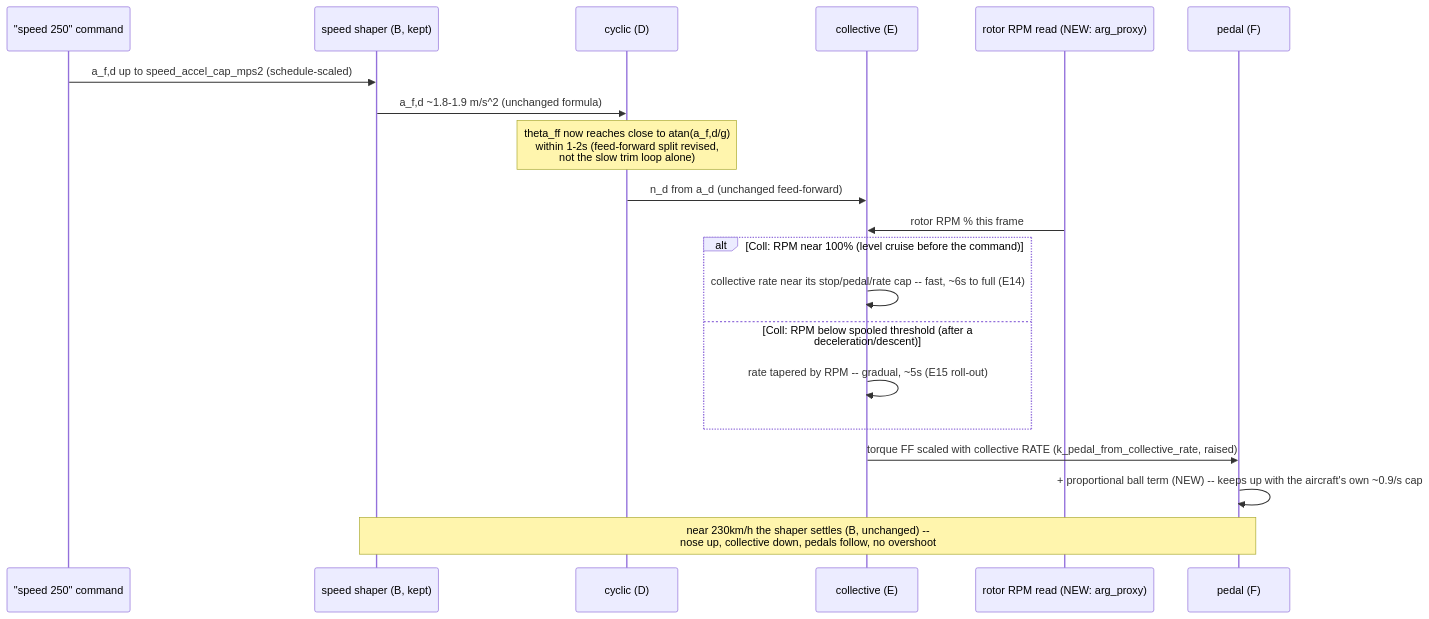
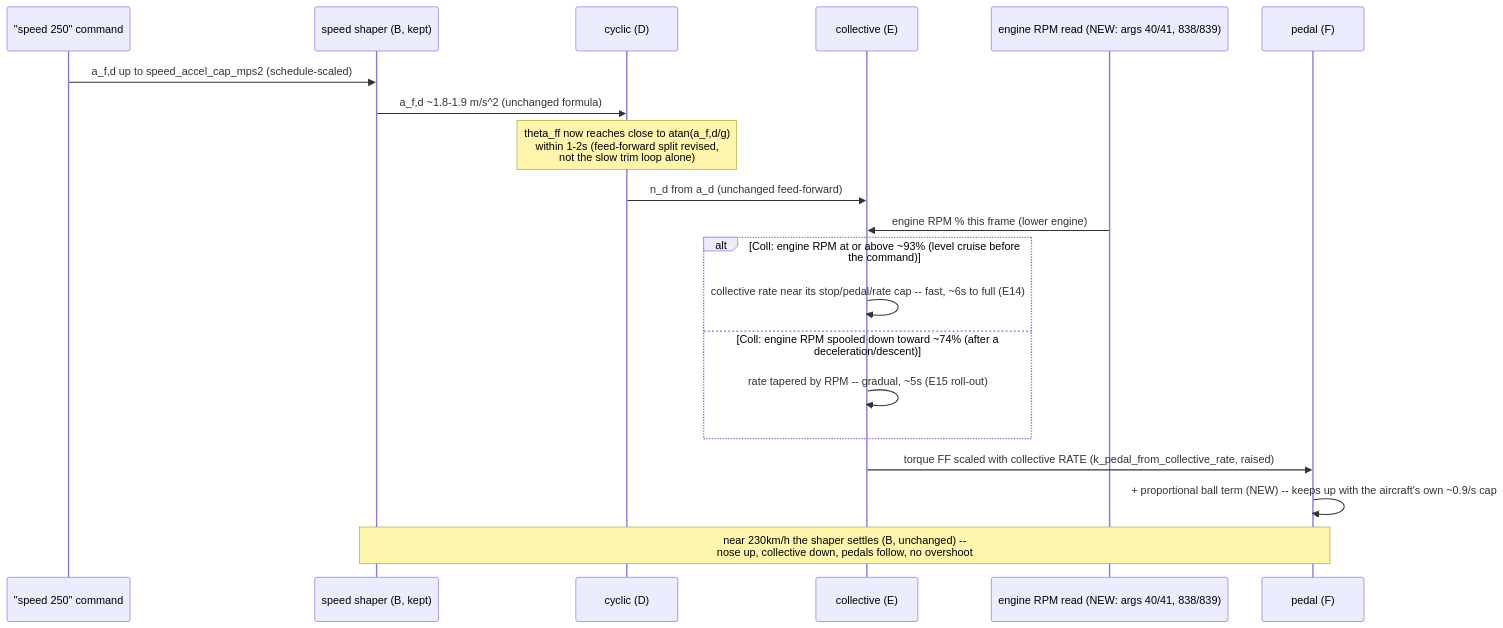
The eighth of 8 diagrams in plans/flight-lift-vector/plan.md (lightlyfallingrain/DCS-petrobrain), drawn with Mermaid before and after one commit. The commit also changed other lines of this file, not shown here.

First line of the commit message:
LV-1 amendment: carry the engine-RPM correction into every passage and diagram 2 (plan-aligner finding 1)

````diff
--- a/plans/flight-lift-vector/plan.md
+++ b/plans/flight-lift-vector/plan.md
@@ -797,22 +802,22 @@
 ```mermaid
 sequenceDiagram
   participant Pilot as "speed 250" command
   participant Shaper as speed shaper (B, kept)
   participant Pitch as cyclic (D)
   participant Coll as collective (E)
-  participant RPM as rotor RPM read (NEW: arg_proxy)
+  participant RPM as engine RPM read (NEW: args 40/41, 838/839)
   participant Pedal as pedal (F)
   Pilot->>Shaper: a_f,d up to speed_accel_cap_mps2 (schedule-scaled)
   Shaper->>Pitch: a_f,d ~1.8-1.9 m/s^2 (unchanged formula)
   Note over Pitch: theta_ff now reaches close to atan(a_f,d/g)<br/>within 1-2s (feed-forward split revised,<br/>not the slow trim loop alone)
   Pitch->>Coll: n_d from a_d (unchanged feed-forward)
-  RPM->>Coll: rotor RPM % this frame
-  alt Coll: RPM near 100% (level cruise before the command)
+  RPM->>Coll: engine RPM % this frame (lower engine)
+  alt Coll: engine RPM at or above ~93% (level cruise before the command)
     Coll->>Coll: collective rate near its stop/pedal/rate cap -- fast, ~6s to full (E14)
-  else Coll: RPM below spooled threshold (after a deceleration/descent)
+  else Coll: engine RPM spooled down toward ~74% (after a deceleration/descent)
     Coll->>Coll: rate tapered by RPM -- gradual, ~5s (E15 roll-out)
   end
   Coll->>Pedal: torque FF scaled with collective RATE (k_pedal_from_collective_rate, raised)
   Pedal->>Pedal: + proportional ball term (NEW) -- keeps up with the aircraft's own ~0.9/s cap
   Note over Shaper,Pedal: near 230km/h the shaper settles (B, unchanged) --<br/>nose up, collective down, pedals follow, no overshoot
 ```
````
